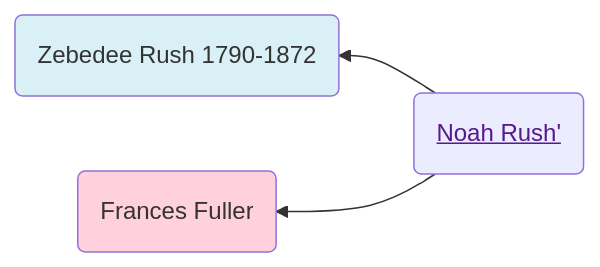
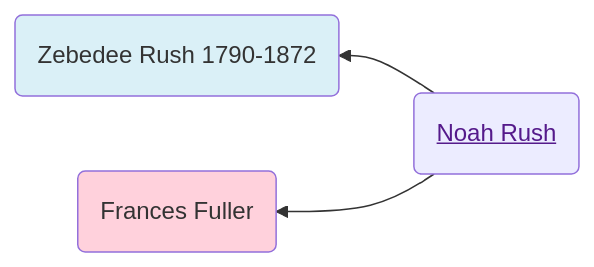
The first of 2 diagrams in familyhistory/sources/people/Rush-line/Noah_Rush.qmd (neelsmith/avocational), drawn with Mermaid before and after one commit. The commit also changed other lines of this file and 96 other files, not shown here.

````diff
--- a/familyhistory/sources/people/Rush-line/Noah_Rush.qmd
+++ b/familyhistory/sources/people/Rush-line/Noah_Rush.qmd
@@ -28,12 +28,12 @@
 ```{mermaid}
 graph RL
 %% RL ancestor diagram
-Noah_Rush(<a href=''>Noah Rush'</>) -->  Zebedee_Rush_1790-1872(Zebedee Rush 1790-1872)
+Noah_Rush(<a href=''>Noah Rush</a>) -->  Zebedee_Rush_1790-1872(Zebedee Rush 1790-1872)
 class Zebedee_Rush_1790-1872 father
-Noah_Rush(<a href=''>Noah Rush'</>)  --> Frances_Fuller(Frances Fuller)
+Noah_Rush(<a href=''>Noah Rush</a>)  --> Frances_Fuller(Frances Fuller)
 class Frances_Fuller mother
 classDef mother fill:#ffd1dc
 classDef father fill:#daf0f7  
 classDef marriage fill:#ffffff
 
 ```
````
